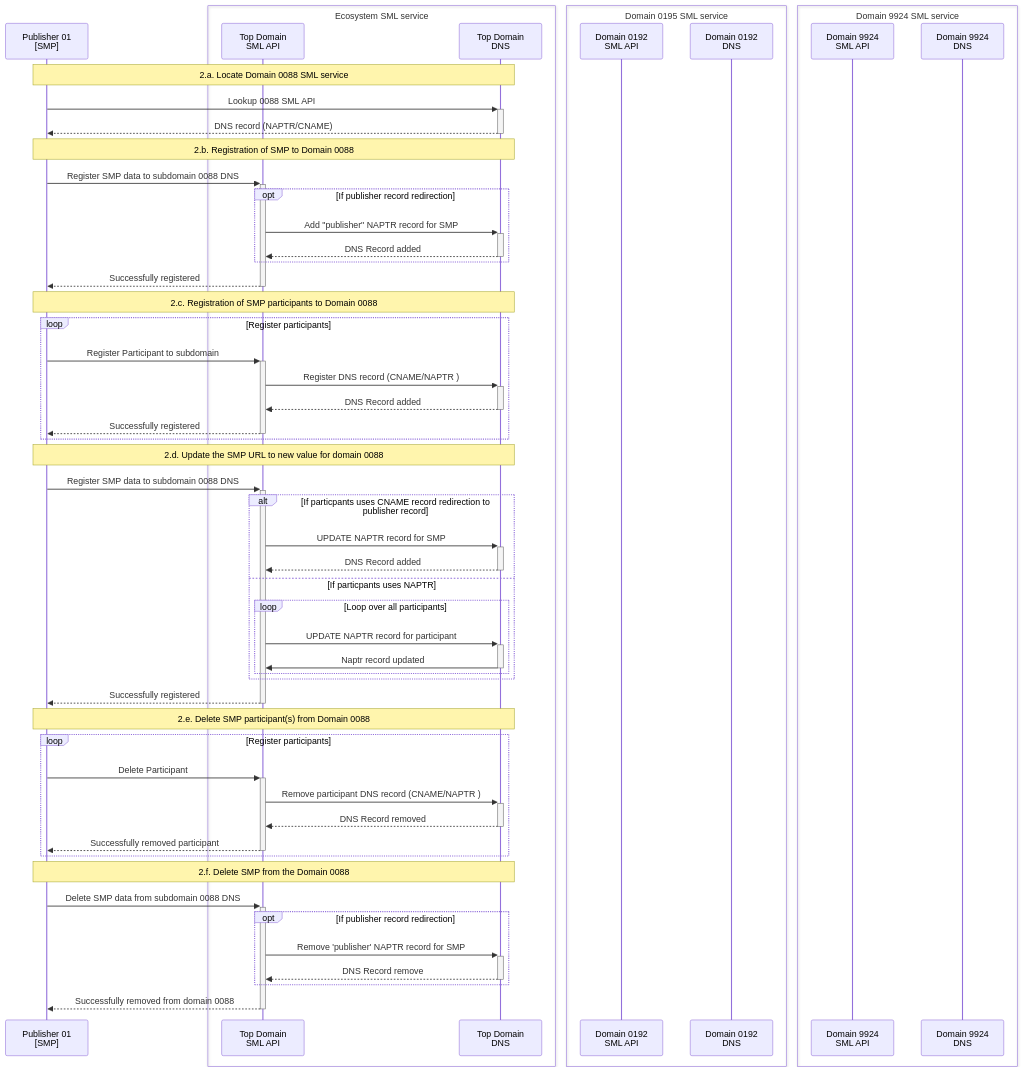
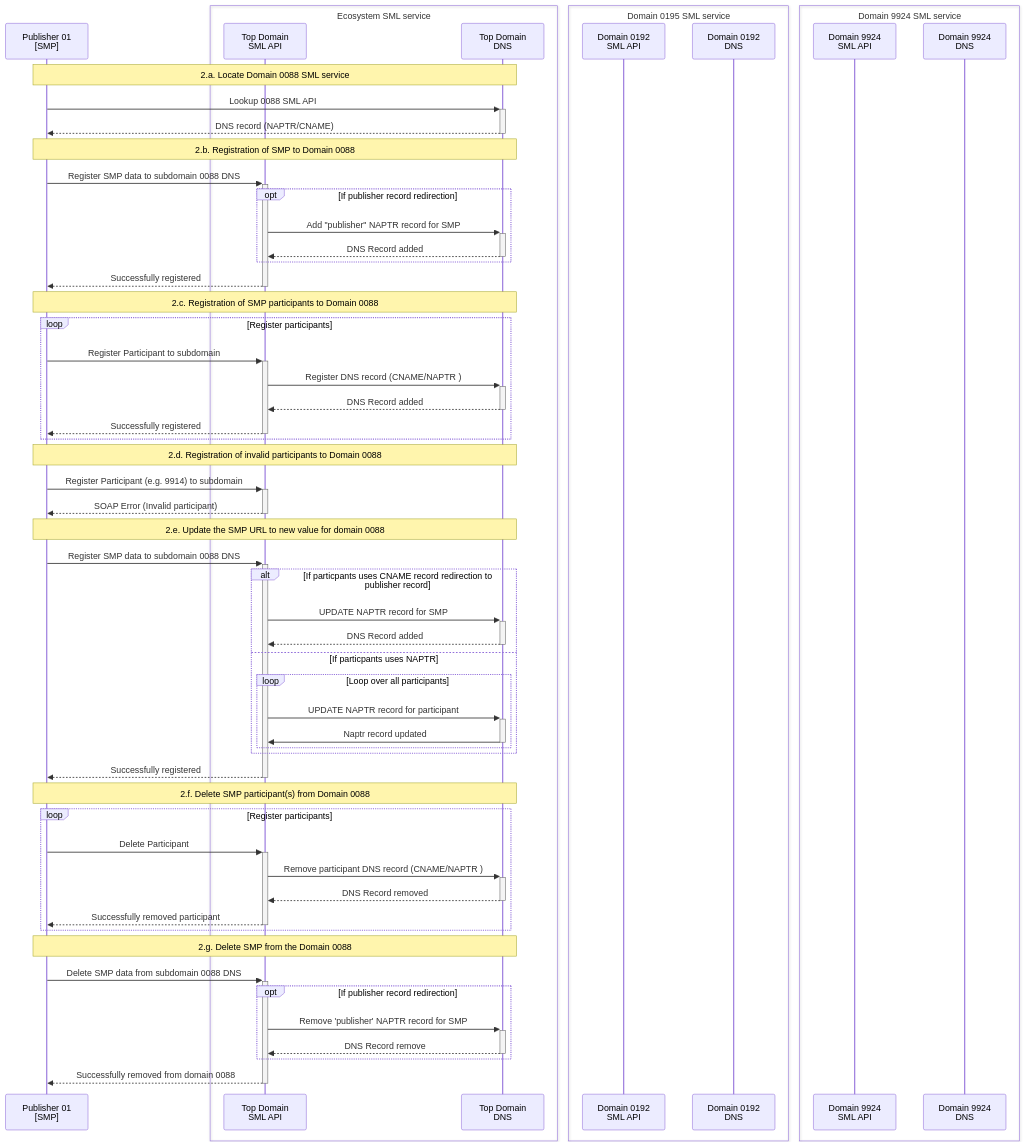
Before and after one commit to ec-edelivery/dynamic-discovery-federated-infrastructure: the first of 3 diagrams in uc04-registration/README.md, drawn with Mermaid. The commit also changed other lines of this file and 24 other files, not shown here.

````diff
--- a/uc04-registration/README.md
+++ b/uc04-registration/README.md
@@ -101,70 +101,74 @@
 ```mermaid
 sequenceDiagram
 
     participant SMP01 as Publisher 01<br />[SMP]
 #participant DDC as Dynamic<br />discovery<br />client
 # participant rDNS as ResoverDNS
     box Ecosystem SML service
         participant EcosystemSmlApi as Top Domain <br />SML API
         participant EcosystemDNS as Top Domain<br />DNS
     end
     box Domain 0195 SML service
         participant Domain0195SmlApi as Domain 0192<br />SML API
         participant Domain0195DNS as Domain 0192<br />DNS
     end
     box Domain 9924 SML service
         participant Domain9924SmlApi as Domain 9924<br />SML API
         participant Domain9924DNS as Domain 9924<br />DNS
     end
 
     Note over SMP01,EcosystemDNS: 2.a. Locate Domain 0088 SML service
     SMP01 ->>+ EcosystemDNS: Lookup 0088 SML API
     EcosystemDNS -->>- SMP01: DNS record (NAPTR/CNAME)
 
     Note over SMP01,EcosystemDNS: 2.b. Registration of SMP to Domain 0088
     SMP01 ->>+ EcosystemSmlApi: Register SMP data to subdomain 0088 DNS
     opt If publisher record redirection
         EcosystemSmlApi  ->>+ EcosystemDNS: Add "publisher" NAPTR record for SMP
         EcosystemDNS  -->>- EcosystemSmlApi: DNS Record added
     end
     EcosystemSmlApi -->>- SMP01: Successfully registered
 
     Note over SMP01,EcosystemDNS: 2.c. Registration of SMP participants to Domain 0088
     Loop Register participants
         SMP01 ->>+ EcosystemSmlApi: Register Participant to subdomain
         EcosystemSmlApi  ->>+ EcosystemDNS: Register DNS record (CNAME/NAPTR )
         EcosystemDNS  -->>- EcosystemSmlApi: DNS Record added
         EcosystemSmlApi -->>- SMP01: Successfully registered
     end
 
-    Note over SMP01,EcosystemDNS: 2.d.  Update the SMP URL to new value for domain 0088
+    Note over SMP01,EcosystemDNS: 2.d. Registration of invalid participants to Domain 0088
+    SMP01 ->>+ EcosystemSmlApi: Register Participant (e.g. 9914) to subdomain
+    EcosystemSmlApi -->>- SMP01: SOAP Error (Invalid participant)
+
+    Note over SMP01,EcosystemDNS: 2.e.  Update the SMP URL to new value for domain 0088
     
     SMP01 ->>+ EcosystemSmlApi: Register SMP data to subdomain 0088 DNS
     alt If particpants uses CNAME record redirection to publisher record
         EcosystemSmlApi  ->>+ EcosystemDNS: UPDATE NAPTR record for SMP
         EcosystemDNS  -->>- EcosystemSmlApi: DNS Record added
     else If particpants uses NAPTR
          Loop Loop over all participants
             EcosystemSmlApi  ->>+ EcosystemDNS: UPDATE NAPTR record for participant
             EcosystemDNS  ->>- EcosystemSmlApi:  Naptr record updated
          end 
     end
     EcosystemSmlApi -->>- SMP01: Successfully registered
 
 
-    Note over SMP01,EcosystemDNS: 2.e. Delete SMP participant(s) from Domain 0088
+    Note over SMP01,EcosystemDNS: 2.f. Delete SMP participant(s) from Domain 0088
     Loop Register participants
         SMP01 ->>+ EcosystemSmlApi: Delete Participant 
         EcosystemSmlApi  ->>+ EcosystemDNS: Remove participant DNS record (CNAME/NAPTR )
         EcosystemDNS  -->>- EcosystemSmlApi: DNS Record removed
         EcosystemSmlApi -->>- SMP01: Successfully removed participant
     end
 
-    Note over SMP01,EcosystemDNS: 2.f. Delete SMP from the Domain 0088
+    Note over SMP01,EcosystemDNS: 2.g. Delete SMP from the Domain 0088
     SMP01 ->>+ EcosystemSmlApi: Delete SMP data from subdomain 0088 DNS
     opt If publisher record redirection
         EcosystemSmlApi  ->>+ EcosystemDNS: Remove 'publisher' NAPTR record for SMP
         EcosystemDNS  -->>- EcosystemSmlApi: DNS Record remove
     end
     EcosystemSmlApi -->>- SMP01: Successfully removed from domain 0088
 ```
````
